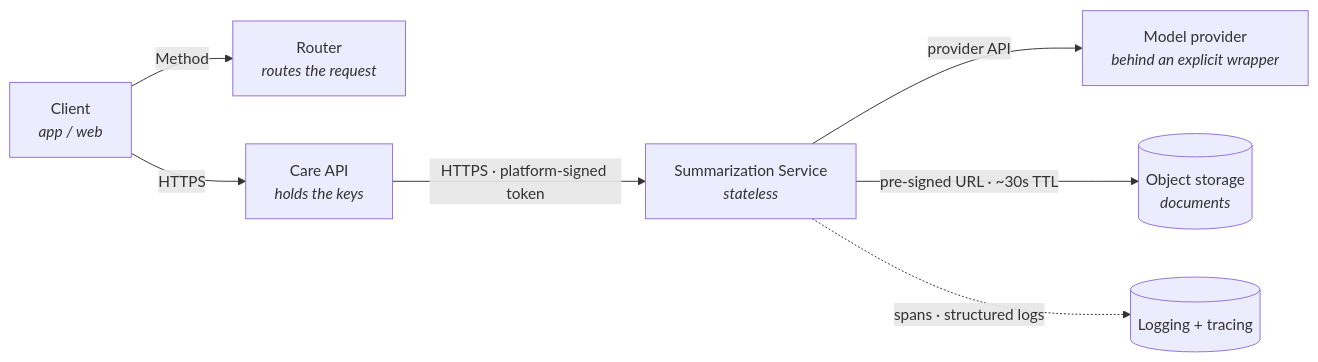
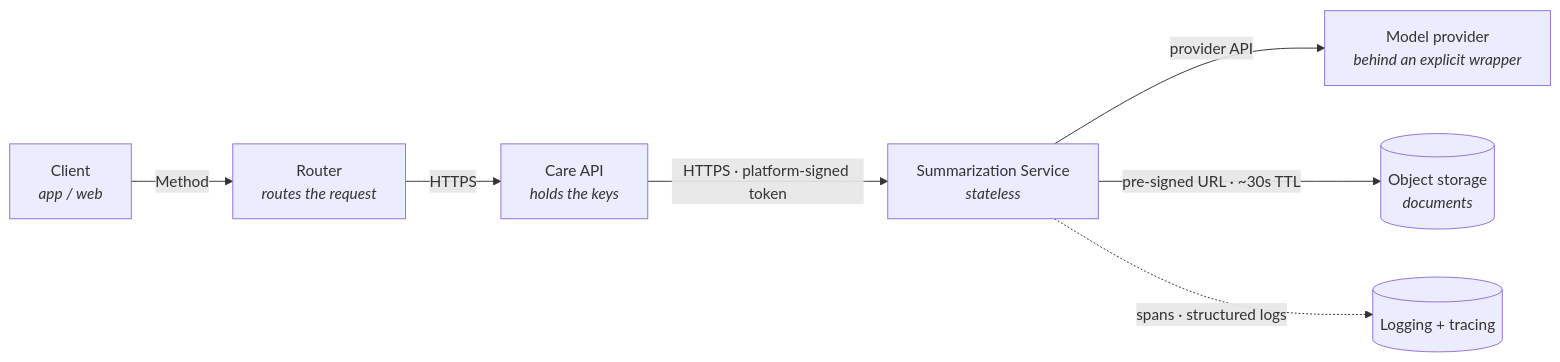
The diagram in topology.md (p91006/architecture), drawn with Mermaid before and after one commit.

````diff
--- a/topology.md
+++ b/topology.md
@@ -5,18 +5,18 @@
 ```mermaid
 
 flowchart LR
     C["Client<br/><i>app / web</i>"]
     R["Router<br/><i>routes the request</i>"]
     A["Care API<br/><i>holds the keys</i>"]
     S["Summarization Service<br/><i>stateless</i>"]
     P["Model provider<br/><i>behind an explicit wrapper</i>"]
     G[("Object storage<br/><i>documents</i>")]
     O[("Logging + tracing")]
 
     C -->|"Method"| R
-    C -->|"HTTPS"| A
+    R -->|"HTTPS"| A
     A -->|"HTTPS · platform-signed token"| S
     S -->|"provider API"| P
     S -->|"pre-signed URL · ~30s TTL"| G
     S -.->|"spans · structured logs"| O
 ```
````
